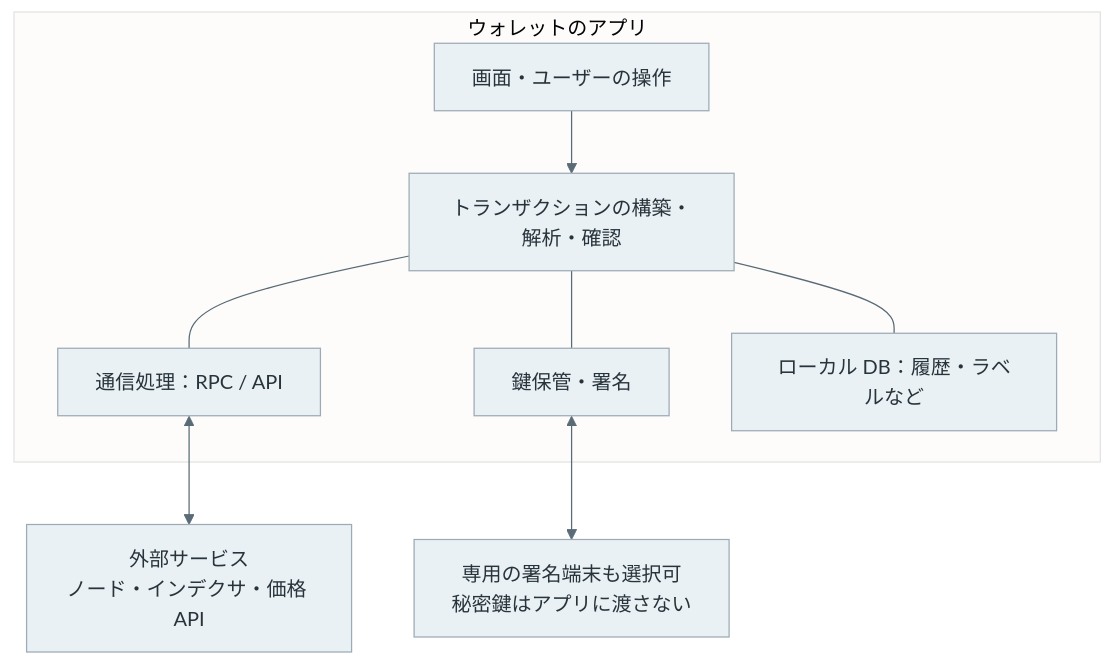
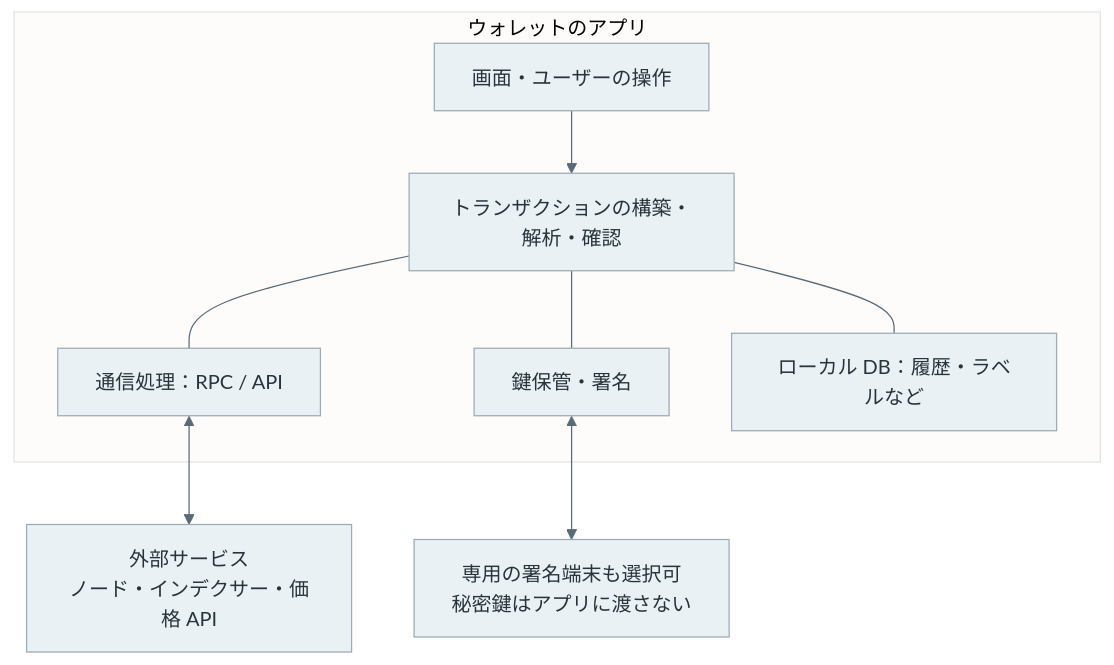
Before and after one commit to nao1215/debimate: the tenth of 14 diagrams in content/notes/blockchain-systems/wallet/index.md, drawn with Mermaid. The commit also changed other lines of this file and 36 other files, not shown here.

````diff
--- a/content/notes/blockchain-systems/wallet/index.md
+++ b/content/notes/blockchain-systems/wallet/index.md
@@ -516,14 +516,14 @@
 ```mermaid
 %%{init: {"theme":"base","themeVariables":{"primaryColor":"#eaf1f5","primaryTextColor":"#28343b","primaryBorderColor":"#9cabb5","lineColor":"#596b76","textColor":"#28343b","actorBkg":"#eaf1f5","actorBorder":"#9cabb5","actorTextColor":"#28343b","actorLineColor":"#9cabb5","signalColor":"#596b76","signalTextColor":"#28343b","noteBkgColor":"#f7f1e5","noteBorderColor":"#c5b99b","noteTextColor":"#403c32","activationBkgColor":"#edf3ef","activationBorderColor":"#9aafa1"}}}%%
 flowchart TB
     subgraph W["ウォレットのアプリ"]
         U["画面・ユーザーの操作"] --> T["トランザクションの構築・解析・確認"]
         T --- R["通信処理：RPC / API"]
         T --- K["鍵保管・署名"]
         T --- D["ローカル DB：履歴・ラベルなど"]
     end
-    R <--> N["外部サービス<br/>ノード・インデクサ・価格 API"]
+    R <--> N["外部サービス<br/>ノード・インデクサー・価格 API"]
     K <--> H["専用の署名端末も選択可<br/>秘密鍵はアプリに渡さない"]
     classDef default fill:#eaf1f5,stroke:#9cabb5,color:#28343b;
     classDef note fill:#f7f1e5,stroke:#c5b99b,color:#403c32;
 ```
````
